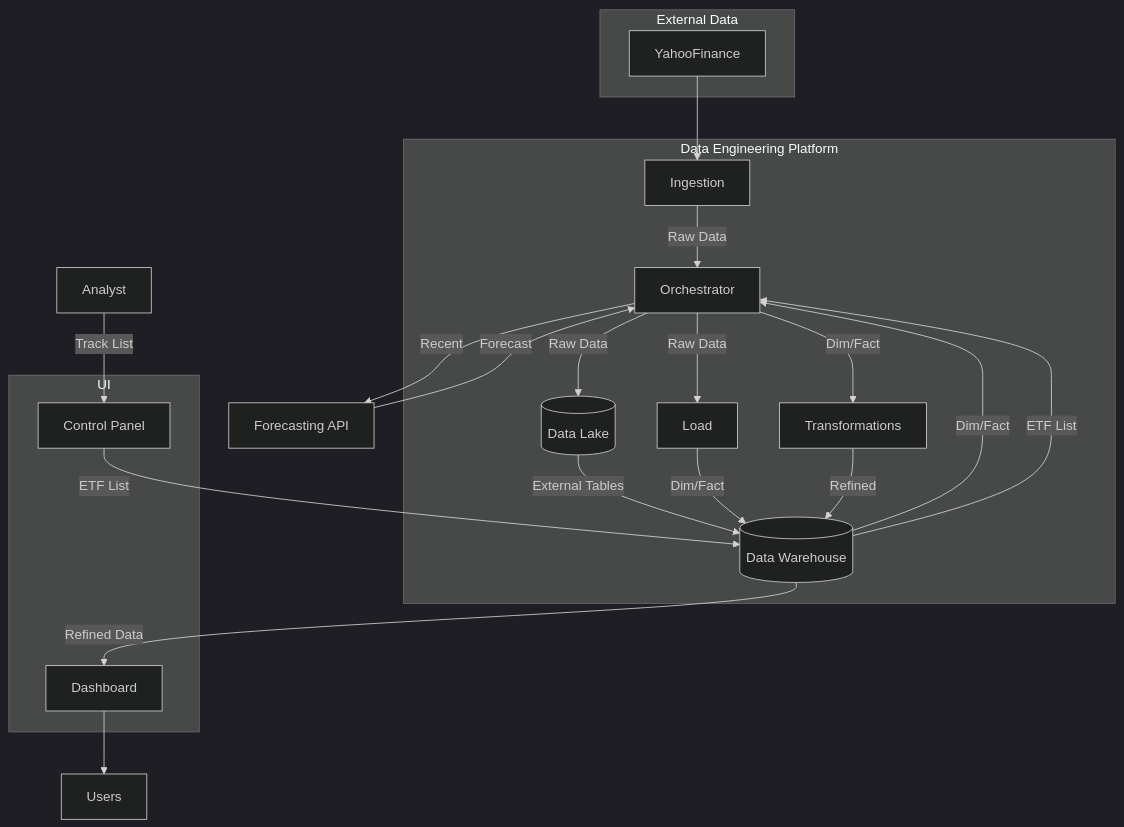
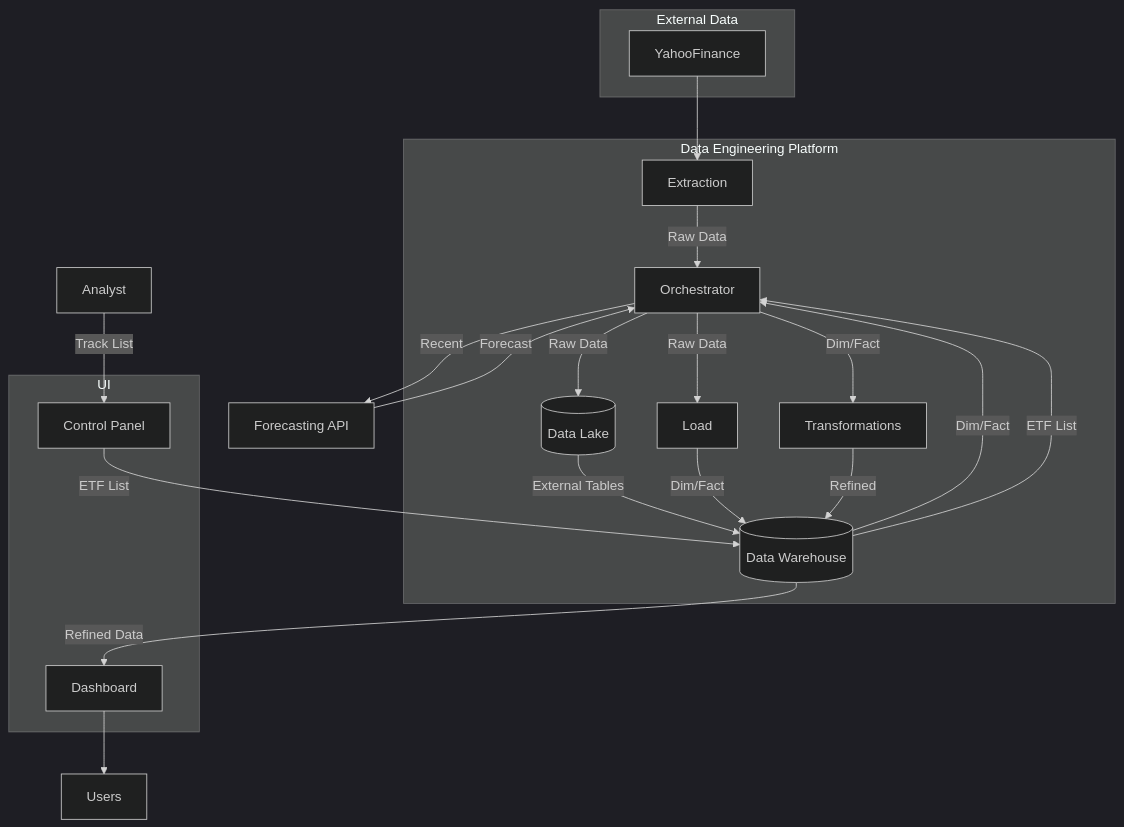
Before and after one commit to OnurKerimoglu/stocks_analytics: the second of 3 diagrams in README.md, drawn with Mermaid.

Commit message:
readme: fixed erd

````diff
--- a/README.md
+++ b/README.md
@@ -53,38 +53,38 @@
 ```mermaid
 ---
 config:
   layout: dagre
   look: classic
   theme: dark
 ---
 flowchart TB
  subgraph Ext["External Data"]
         Yfinance["YahooFinance"]
   end
  subgraph APl["Data Engineering Platform"]
         Af["Orchestrator"]
-        extr["Ingestion"]
+        extr["Extraction"]
         dlt["Load"]
         dbt["Transformations"]
         DL[("Data Lake")]
         DWH[("Data Warehouse")]
   end
  subgraph Adashboard["UI"]
         CP["Control Panel"]
         ADashboard["Dashboard"]
   end
 RAPI[Forecasting API]    
 DWH -- Dim/Fact --> Af
 DWH -- ETF List --> Af
 Af -- Raw Data --> DL -- External Tables --> DWH
 Af -- Raw Data --> dlt -- Dim/Fact --> DWH
 Af -- Dim/Fact --> dbt
 Af -- Recent --> RAPI
 dbt -- Refined --> DWH
 Yfinance --> extr -- Raw Data -->Af
 RAPI -- Forecast --> Af
 DWH -- Refined Data --> ADashboard
 Analyst -- Track List --> CP
 CP -- ETF List --> DWH
 ADashboard --> Users["Users"]
 ```
````
